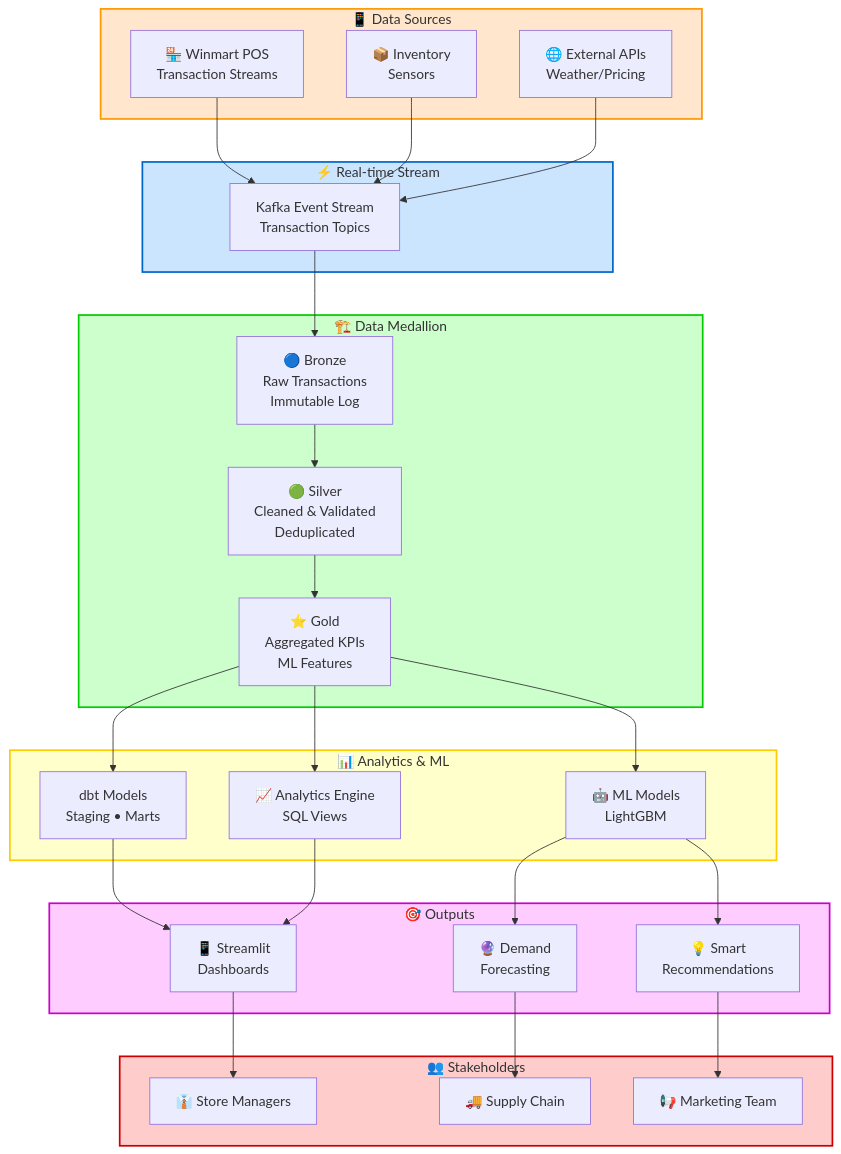
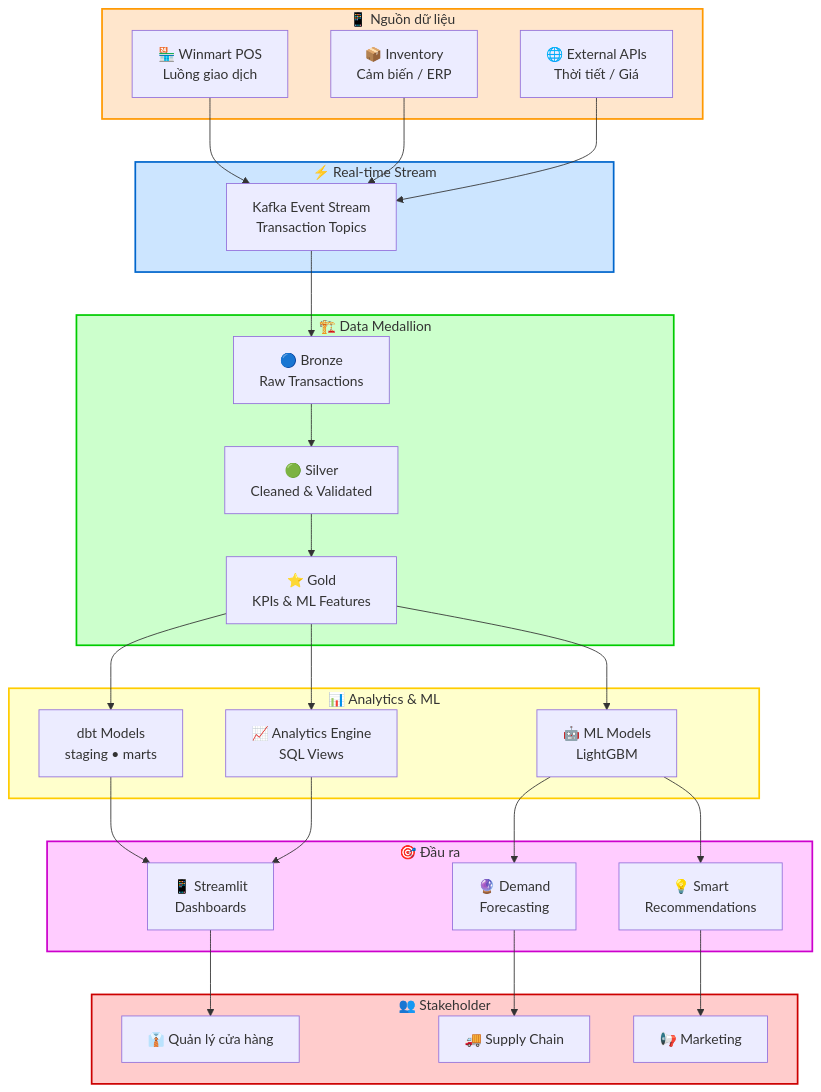
The first of 2 diagrams in README.md (willtran112358/ecommerce-analytics-data-platform), drawn with Mermaid before and after one commit. The commit also changed other lines of this file, not shown here.

Commit message:
docs: Vietnamese README for Winmart PO audience with business context

````diff
--- a/README.md
+++ b/README.md
@@ -31,65 +100,58 @@
 ```mermaid
 flowchart TD
-    subgraph SOURCES["📱 Data Sources"]
-        A["🏪 Winmart POS<br/>Transaction Streams"]
-        C["📦 Inventory<br/>Sensors"]
-        D["🌐 External APIs<br/>Weather/Pricing"]
+    subgraph SOURCES["📱 Nguồn dữ liệu"]
+        A["🏪 Winmart POS<br/>Luồng giao dịch"]
+        C["📦 Inventory<br/>Cảm biến / ERP"]
+        D["🌐 External APIs<br/>Thời tiết / Giá"]
     end
-    
+
     subgraph STREAM["⚡ Real-time Stream"]
         B["Kafka Event Stream<br/>Transaction Topics"]
     end
-    
+
     subgraph LAYERS["🏗️ Data Medallion"]
-        F["🔵 Bronze<br/>Raw Transactions<br/>Immutable Log"]
-        G["🟢 Silver<br/>Cleaned & Validated<br/>Deduplicated"]
-        H["⭐ Gold<br/>Aggregated KPIs<br/>ML Features"]
+        F["🔵 Bronze<br/>Raw Transactions"]
+        G["🟢 Silver<br/>Cleaned & Validated"]
+        H["⭐ Gold<br/>KPIs & ML Features"]
     end
-    
+
     subgraph ANALYTICS["📊 Analytics & ML"]
-        I["dbt Models<br/>Staging • Marts"]
+        I["dbt Models<br/>staging • marts"]
         J["📈 Analytics Engine<br/>SQL Views"]
         L["🤖 ML Models<br/>LightGBM"]
     end
-    
-    subgraph OUTPUTS["🎯 Outputs"]
+
+    subgraph OUTPUTS["🎯 Đầu ra"]
         K["📱 Streamlit<br/>Dashboards"]
         M["🔮 Demand<br/>Forecasting"]
         N["💡 Smart<br/>Recommendations"]
     end
-    
-    subgraph CONSUMERS["👥 Stakeholders"]
-        O["👔 Store Managers"]
+
+    subgraph CONSUMERS["👥 Stakeholder"]
+        O["👔 Quản lý cửa hàng"]
         P["🚚 Supply Chain"]
-        Q["📢 Marketing Team"]
+        Q["📢 Marketing"]
     end
-    
+
     A --> B
     C --> B
     D --> B
-    
-    B --> F
-    F --> G
-    G --> H
-    
+    B --> F --> G --> H
     H --> I
     H --> J
     H --> L
-    
     I --> K
     J --> K
-    
     L --> M
     L --> N
-    
     K --> O
     M --> P
     N --> Q
-    
+
     style SOURCES fill:#ffe6cc,stroke:#ff9900,stroke-width:2px
     style STREAM fill:#cce5ff,stroke:#0066cc,stroke-width:2px
     style LAYERS fill:#ccffcc,stroke:#00cc00,stroke-width:2px
     style ANALYTICS fill:#ffffcc,stroke:#ffcc00,stroke-width:2px
     style OUTPUTS fill:#ffccff,stroke:#cc00cc,stroke-width:2px
     style CONSUMERS fill:#ffcccc,stroke:#cc0000,stroke-width:2px
 ```
````
